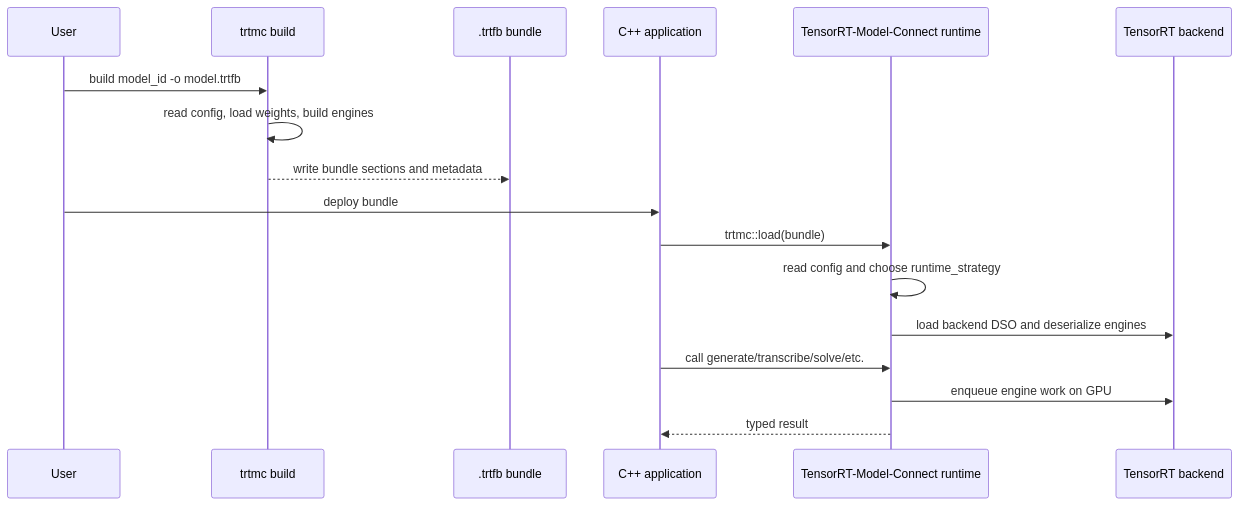
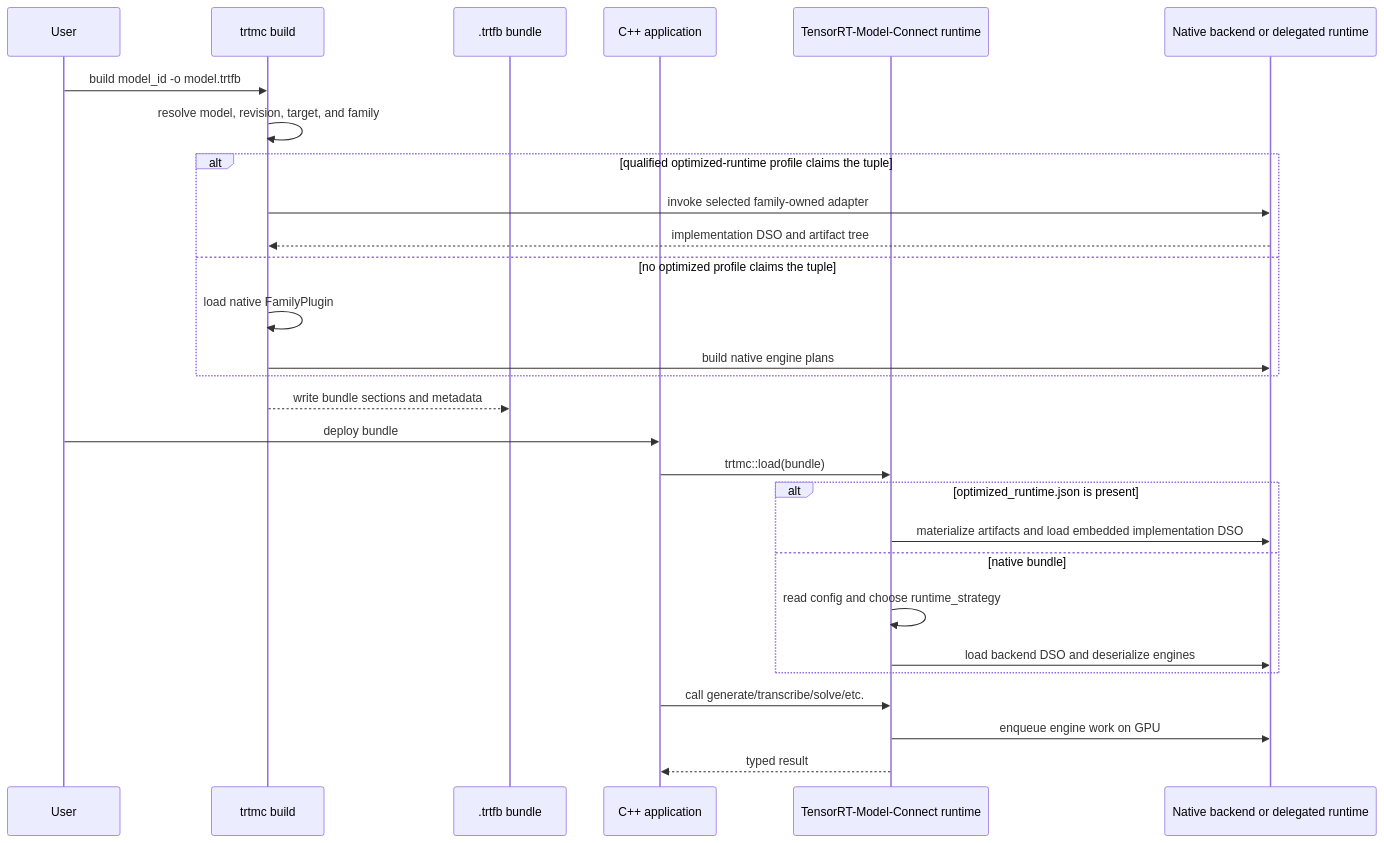
Before and after one commit to NVIDIA/TensorRT-Model-Connect: the second of 6 diagrams in website/docs/architecture/overview.md, drawn with Mermaid. The commit also changed other lines of this file and 76 other files, not shown here.

````diff
--- a/website/docs/architecture/overview.md
+++ b/website/docs/architecture/overview.md
@@ -87,20 +108,31 @@
 ```mermaid
 sequenceDiagram
   participant User
   participant Build as trtmc build
   participant Bundle as .trtfb bundle
   participant App as C++ application
   participant Runtime as TensorRT-Model-Connect runtime
-  participant TRT as TensorRT backend
+  participant TRT as Native backend or delegated runtime
 
   User->>Build: build model_id -o model.trtfb
-  Build->>Build: read config, load weights, build engines
+  Build->>Build: resolve model, revision, target, and family
+  alt qualified optimized-runtime profile claims the tuple
+    Build->>TRT: invoke selected family-owned adapter
+    TRT-->>Build: implementation DSO and artifact tree
+  else no optimized profile claims the tuple
+    Build->>Build: load native FamilyPlugin
+    Build->>TRT: build native engine plans
+  end
   Build-->>Bundle: write bundle sections and metadata
   User->>App: deploy bundle
   App->>Runtime: trtmc::load(bundle)
-  Runtime->>Runtime: read config and choose runtime_strategy
-  Runtime->>TRT: load backend DSO and deserialize engines
+  alt optimized_runtime.json is present
+    Runtime->>TRT: materialize artifacts and load embedded implementation DSO
+  else native bundle
+    Runtime->>Runtime: read config and choose runtime_strategy
+    Runtime->>TRT: load backend DSO and deserialize engines
+  end
   App->>Runtime: call generate/transcribe/solve/etc.
   Runtime->>TRT: enqueue engine work on GPU
   Runtime-->>App: typed result
 ```
````
